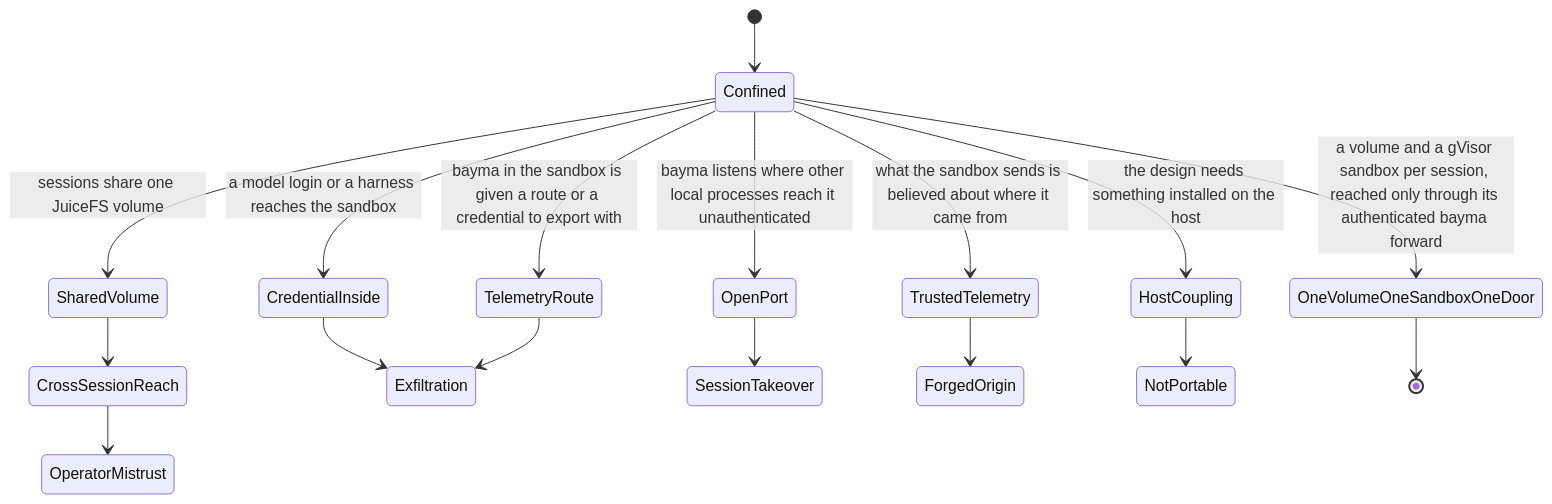
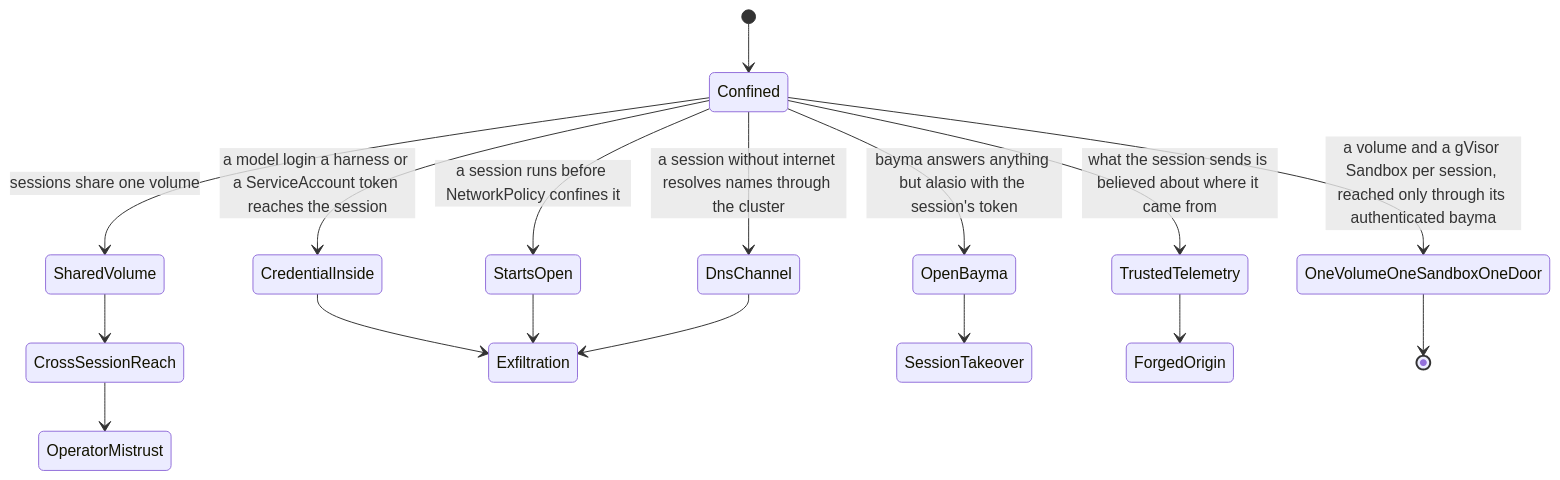
One commit to eaucoin/alasio changed the third of 3 diagrams in src/sandbox/README.md. Above: the diagram before and after it, drawn with Mermaid. The commit also changed other lines of this file and 37 other files, not shown here.

First line of the commit message:
Document alasio on Kubernetes, and fit its end-to-end run on CI's runners

````diff
--- a/src/sandbox/README.md
+++ b/src/sandbox/README.md
@@ -60,19 +55,19 @@
 ```mermaid
 stateDiagram-v2
   [*] --> Confined
-  Confined --> SharedVolume: sessions share one JuiceFS volume
+  Confined --> SharedVolume: sessions share one volume
   SharedVolume --> CrossSessionReach
   CrossSessionReach --> OperatorMistrust
-  Confined --> CredentialInside: a model login or a harness reaches the sandbox
+  Confined --> CredentialInside: a model login a harness or a ServiceAccount token reaches the session
   CredentialInside --> Exfiltration
-  Confined --> OpenPort: bayma listens where other local processes reach it unauthenticated
-  OpenPort --> SessionTakeover
-  Confined --> TelemetryRoute: bayma in the sandbox is given a route or a credential to export with
-  TelemetryRoute --> Exfiltration
-  Confined --> TrustedTelemetry: what the sandbox sends is believed about where it came from
+  Confined --> OpenBayma: bayma answers anything but alasio with the session's token
+  OpenBayma --> SessionTakeover
+  Confined --> StartsOpen: a session runs before NetworkPolicy confines it
+  StartsOpen --> Exfiltration
+  Confined --> DnsChannel: a session without internet resolves names through the cluster
+  DnsChannel --> Exfiltration
+  Confined --> TrustedTelemetry: what the session sends is believed about where it came from
   TrustedTelemetry --> ForgedOrigin
-  Confined --> HostCoupling: the design needs something installed on the host
-  HostCoupling --> NotPortable
-  Confined --> OneVolumeOneSandboxOneDoor: a volume and a gVisor sandbox per session, reached only through its authenticated bayma forward
+  Confined --> OneVolumeOneSandboxOneDoor: a volume and a gVisor Sandbox per session, reached only through its authenticated bayma
   OneVolumeOneSandboxOneDoor --> [*]
 ```
````
